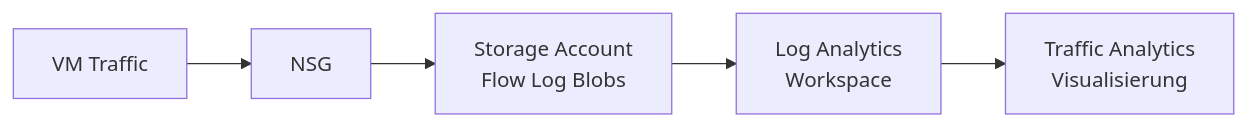
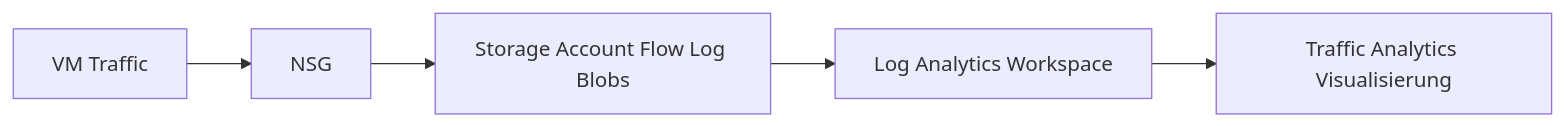
Before and after one commit to SoniiiT/notes-n-docs: the fourth of 5 diagrams in Microsoft 365/Azure/Netzwerk/Network Security Groups.md, drawn with Mermaid. The commit also changed other lines of this file and 124 other files, not shown here.

First line of the commit message:
fix: Entferne \n aus allen Mermaid-Diagrammen (125 Dateien)

````diff
--- a/Microsoft 365/Azure/Netzwerk/Network Security Groups.md
+++ b/Microsoft 365/Azure/Netzwerk/Network Security Groups.md
@@ -185,6 +185,6 @@
 ```mermaid
 graph LR
-    VM[VM Traffic] --> NSG[NSG] --> STORAGE[Storage Account\nFlow Log Blobs]
-    STORAGE --> LA[Log Analytics\nWorkspace]
-    LA --> TA[Traffic Analytics\nVisualisierung]
+    VM[VM Traffic] --> NSG[NSG] --> STORAGE[Storage Account Flow Log Blobs]
+    STORAGE --> LA[Log Analytics Workspace]
+    LA --> TA[Traffic Analytics Visualisierung]
 ```
````
